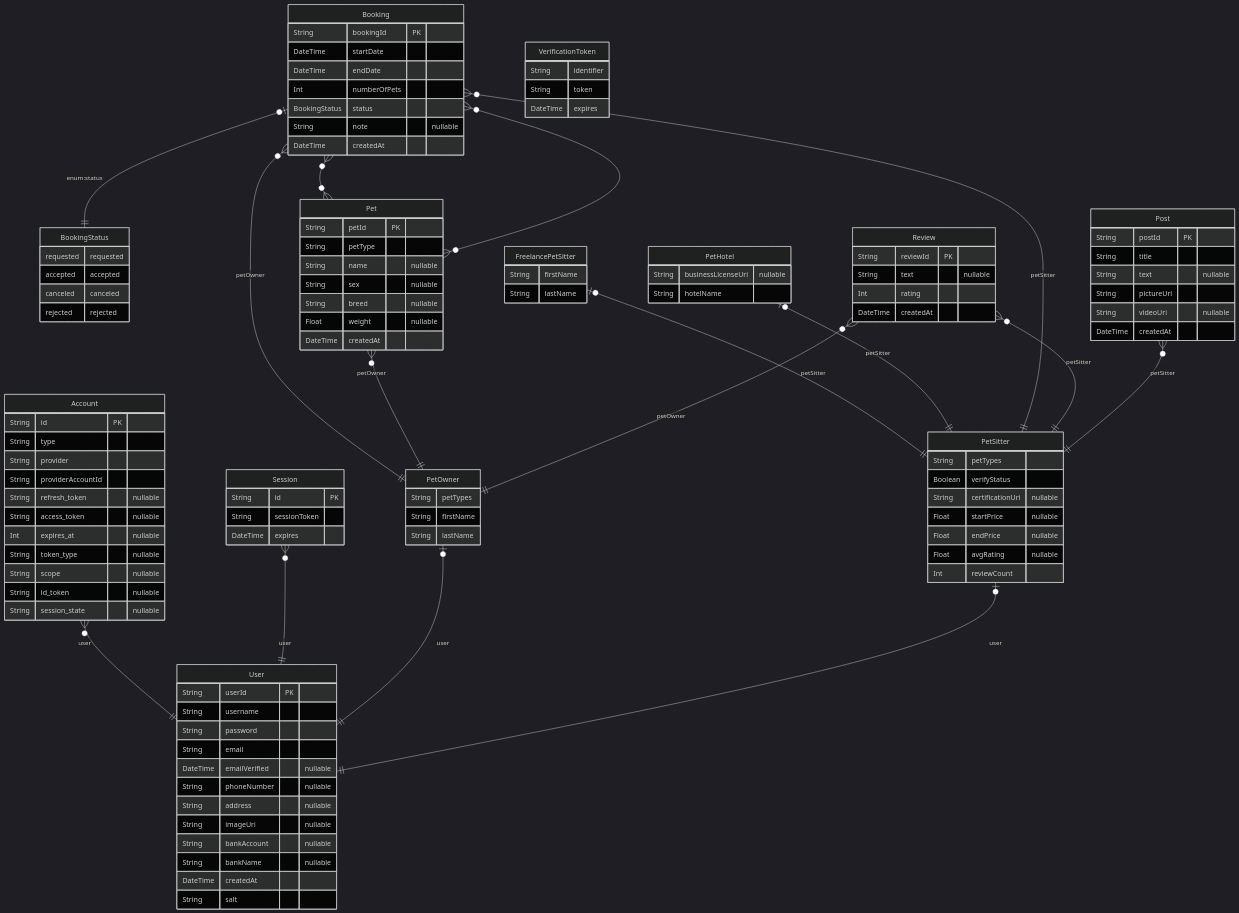
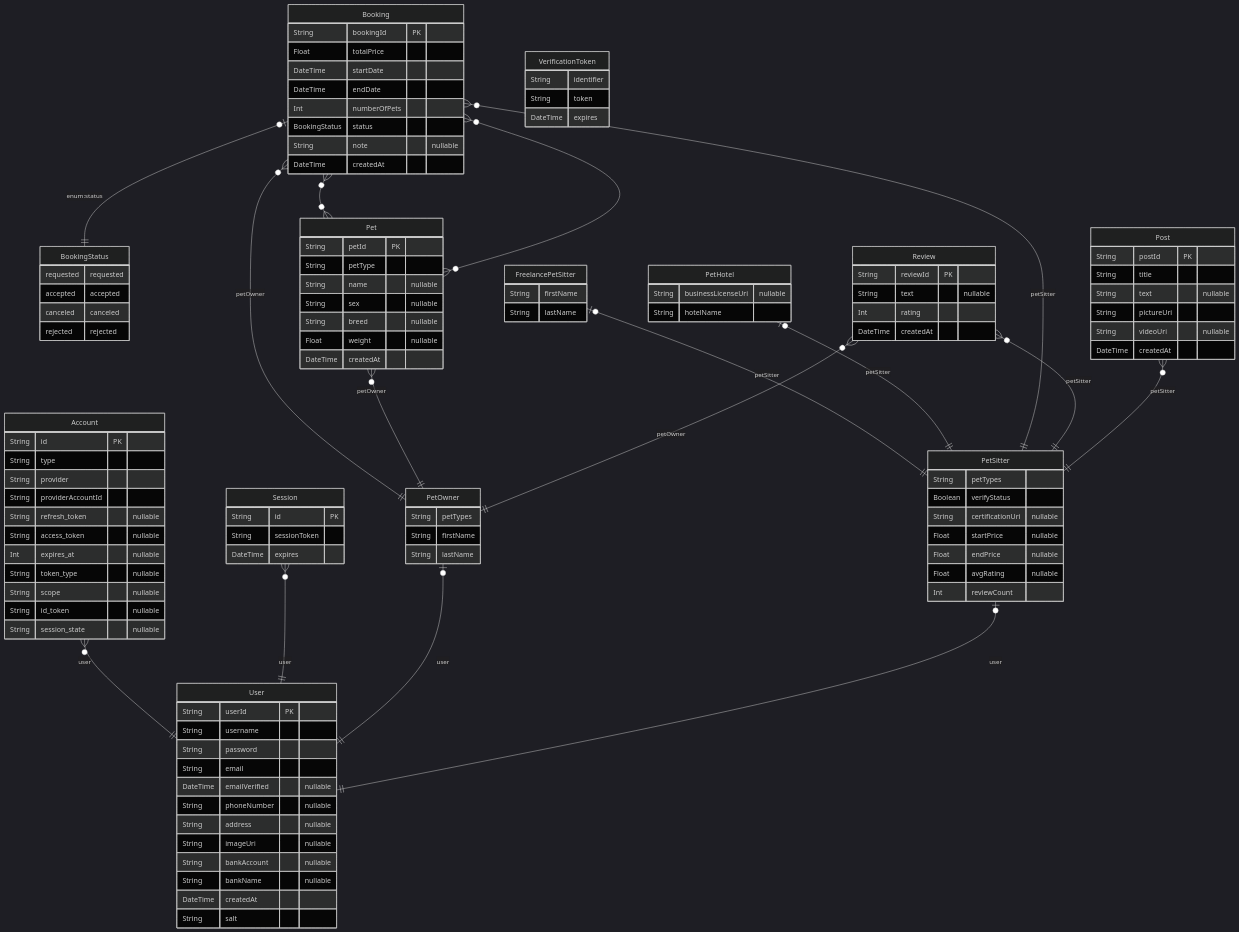
Before and after one commit to 2110336-2565-2/sec33-group2-wigglepaw: the diagram in docs/erd.md, drawn with Mermaid (dark theme). The commit also changed 7 other files, not shown here.

Commit message:
add totalPrice

```diff
--- a/docs/erd.md
+++ b/docs/erd.md
@@ -78,6 +78,7 @@
 
   Booking {
     String bookingId PK 
+    Float totalPrice  
     DateTime startDate  
     DateTime endDate  
     Int numberOfPets  
```
